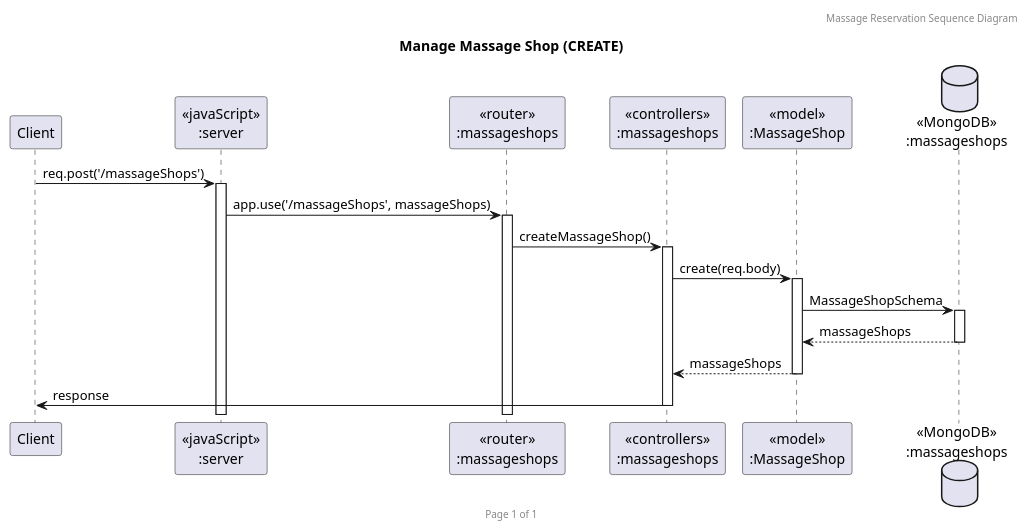
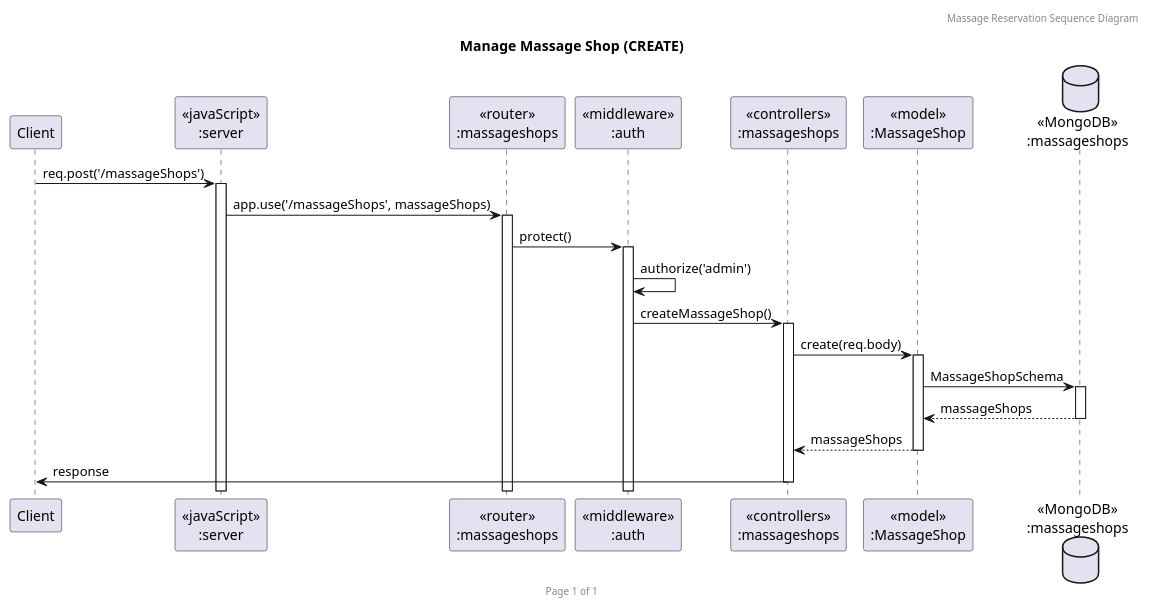
One commit to 2110503TACEDT66/presentation-day-1-organic-soi-ju changed the diagram in CreateShop.puml. Above: the diagram before and after it, drawn with PlantUML. The commit also changed 3 other files, not shown here.

Commit message:
Shop SeqDiagram (add auth)

```diff
--- a/CreateShop.puml
+++ b/CreateShop.puml
@@ -1,23 +1,27 @@
 @startuml Manage Massage Shop (CREATE)
 
 header Massage Reservation Sequence Diagram
 footer Page %page% of %lastpage%
 title "Manage Massage Shop (CREATE)"
 
 participant "Client" as client
 participant "<<javaScript>>\n:server" as server
 participant "<<router>>\n:massageshops" as routerMassageShops
+participant "<<middleware>>\n:auth" as middlewareAuth
+
 participant "<<controllers>>\n:massageshops" as controllersMassageShops
 participant "<<model>>\n:MassageShop" as modelMassageShop
 database "<<MongoDB>>\n:massageshops" as MassageShopsDatabase
 
 client->server ++:req.post('/massageShops')
 server->routerMassageShops ++:app.use('/massageShops', massageShops)
-routerMassageShops -> controllersMassageShops ++:createMassageShop()
+routerMassageShops->middlewareAuth ++:protect()
+middlewareAuth -> middlewareAuth :authorize('admin')
+middlewareAuth -> controllersMassageShops ++: createMassageShop()
 controllersMassageShops->modelMassageShop ++:create(req.body)
 modelMassageShop ->MassageShopsDatabase ++: MassageShopSchema
 MassageShopsDatabase --> modelMassageShop --: massageShops
 controllersMassageShops <-- modelMassageShop --:massageShops
 controllersMassageShops->client --:response
 
 @enduml
```
